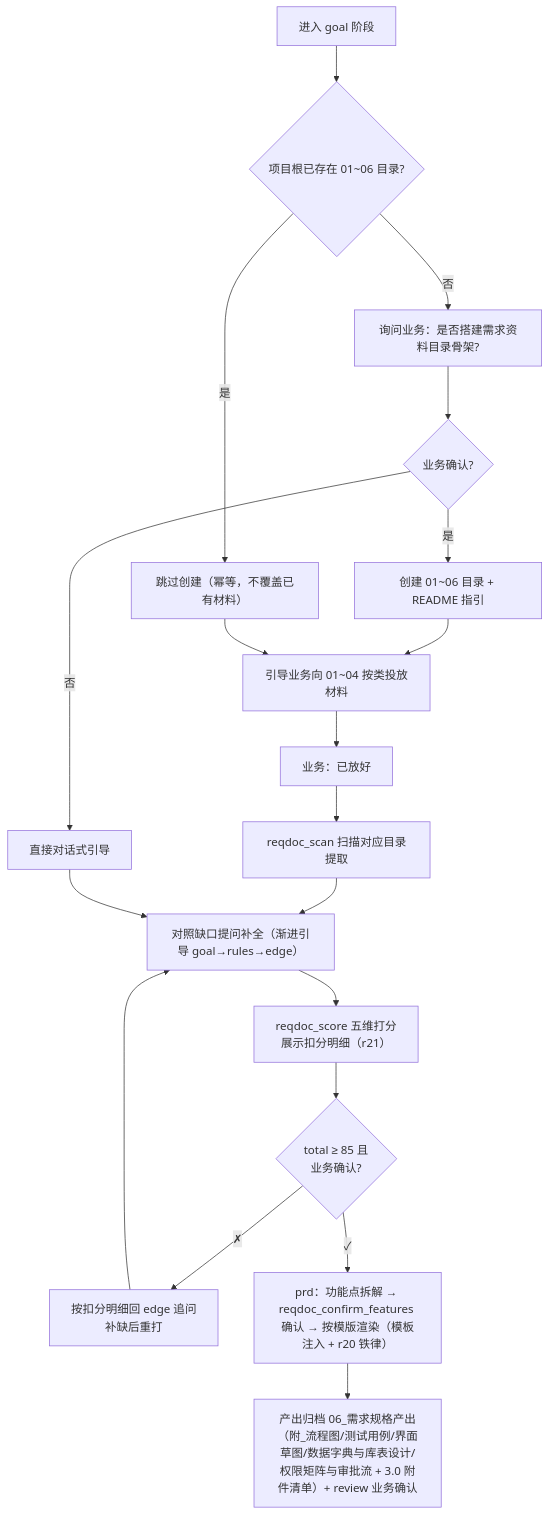
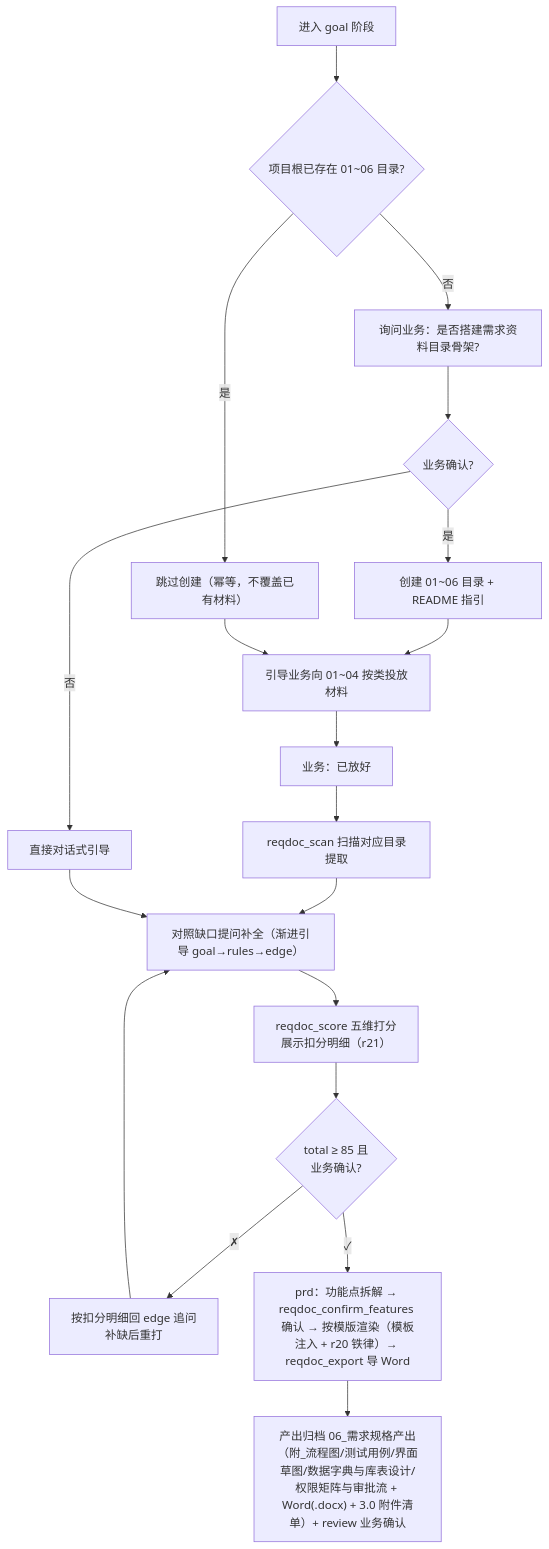
Before and after one commit to wonglaitung/opencode: diagram 16 of 16 in opencode-session-mgmt/docs/session-management.md, drawn with Mermaid. The commit also changed other lines of this file and 13 other files, not shown here.

First line of the commit message:
feat(reqdoc): reqdoc_export Word 导出 + 打分质量进度条，docs/ 新增索引（消除逐文件无规律）

````diff
--- a/opencode-session-mgmt/docs/session-management.md
+++ b/opencode-session-mgmt/docs/session-management.md
@@ -1476,21 +1476,21 @@
 ```mermaid
 flowchart TD
     A["进入 goal 阶段"] --> B{"项目根已存在 01~06 目录?"}
     B -- "否" --> C["询问业务：是否搭建需求资料目录骨架?"]
     C --> D{"业务确认?"}
     D -- "是" --> E["创建 01~06 目录 + README 指引"]
     D -- "否" --> F["直接对话式引导"]
     B -- "是" --> G["跳过创建（幂等，不覆盖已有材料）"]
     E --> H["引导业务向 01~04 按类投放材料"]
     G --> H
     H --> I["业务：已放好"]
     I --> J["reqdoc_scan 扫描对应目录提取"]
     J --> K["对照缺口提问补全（渐进引导 goal→rules→edge）"]
     F --> K
     K --> S["reqdoc_score 五维打分<br/>展示扣分明细（r21）"]
     S --> SG{"total ≥ 85 且<br/>业务确认?"}
     SG -->|"✗"| K2["按扣分明细回 edge 追问<br/>补缺后重打"]
     K2 --> K
-    SG -->|"✓"| L["prd：功能点拆解 → reqdoc_confirm_features 确认 → 按模版渲染（模板注入 + r20 铁律）"]
-    L --> M["产出归档 06_需求规格产出（附_流程图/测试用例/界面草图/数据字典与库表设计/权限矩阵与审批流 + 3.0 附件清单）+ review 业务确认"]
+    SG -->|"✓"| L["prd：功能点拆解 → reqdoc_confirm_features 确认 → 按模版渲染（模板注入 + r20 铁律）→ reqdoc_export 导 Word"]
+    L --> M["产出归档 06_需求规格产出（附_流程图/测试用例/界面草图/数据字典与库表设计/权限矩阵与审批流 + Word(.docx) + 3.0 附件清单）+ review 业务确认"]
 ```
````
